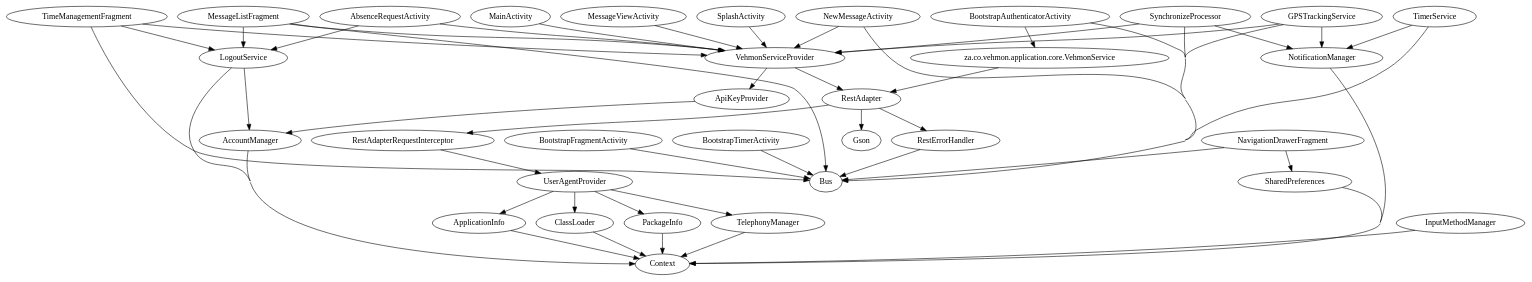
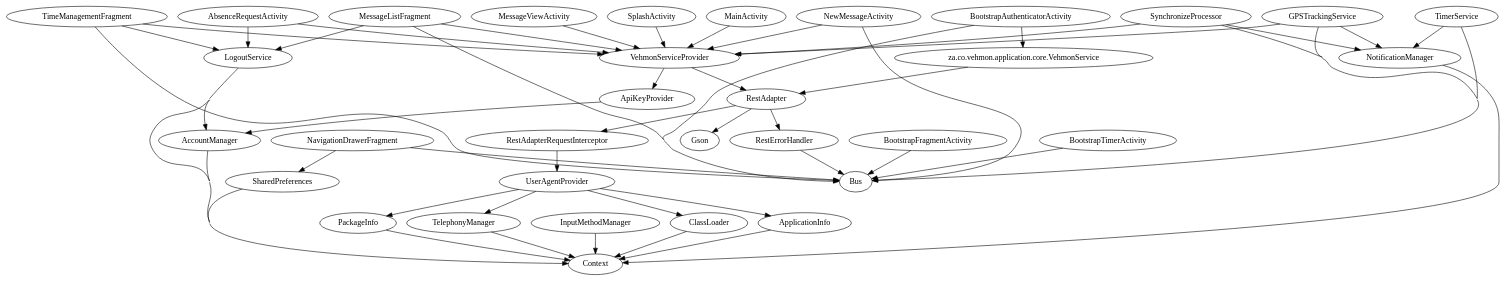
The diagram in app/build/intermediates/classes/debug/za/co/vehmon/application/RootModule.dot (Renaldobenji/android-vehmon), drawn with Graphviz before and after one commit. The commit also changed other lines of this file and 143 other files, not shown here.

```diff
--- a/app/build/intermediates/classes/debug/za/co/vehmon/application/RootModule.dot
+++ b/app/build/intermediates/classes/debug/za/co/vehmon/application/RootModule.dot
@@ -1,54 +1,54 @@
 digraph G1 {
   concentrate = true;
+  AbsenceRequestActivity -> VehmonServiceProvider;
   AbsenceRequestActivity -> LogoutService;
-  AbsenceRequestActivity -> VehmonServiceProvider;
   AccountManager -> Context;
   ApiKeyProvider -> AccountManager;
   ApplicationInfo -> Context;
+  BootstrapAuthenticatorActivity -> Bus;
   n2 [label="za.co.vehmon.application.core.VehmonService"];
   BootstrapAuthenticatorActivity -> n2;
-  BootstrapAuthenticatorActivity -> Bus;
   BootstrapFragmentActivity -> Bus;
   BootstrapTimerActivity -> Bus;
   ClassLoader -> Context;
+  GPSTrackingService -> VehmonServiceProvider;
+  GPSTrackingService -> Bus;
   GPSTrackingService -> NotificationManager;
-  GPSTrackingService -> Bus;
-  GPSTrackingService -> VehmonServiceProvider;
   InputMethodManager -> Context;
   LogoutService -> Context;
   LogoutService -> AccountManager;
   MainActivity -> VehmonServiceProvider;
+  MessageListFragment -> VehmonServiceProvider;
+  MessageListFragment -> Bus;
   MessageListFragment -> LogoutService;
-  MessageListFragment -> Bus;
-  MessageListFragment -> VehmonServiceProvider;
   MessageViewActivity -> VehmonServiceProvider;
+  NavigationDrawerFragment -> Bus;
   NavigationDrawerFragment -> SharedPreferences;
-  NavigationDrawerFragment -> Bus;
+  NewMessageActivity -> VehmonServiceProvider;
   NewMessageActivity -> Bus;
-  NewMessageActivity -> VehmonServiceProvider;
   NotificationManager -> Context;
   PackageInfo -> Context;
+  RestAdapter -> RestErrorHandler;
   RestAdapter -> Gson;
   RestAdapter -> RestAdapterRequestInterceptor;
-  RestAdapter -> RestErrorHandler;
   RestAdapterRequestInterceptor -> UserAgentProvider;
   RestErrorHandler -> Bus;
   SharedPreferences -> Context;
   SplashActivity -> VehmonServiceProvider;
+  SynchronizeProcessor -> VehmonServiceProvider;
+  SynchronizeProcessor -> Bus;
   SynchronizeProcessor -> NotificationManager;
-  SynchronizeProcessor -> Bus;
-  SynchronizeProcessor -> VehmonServiceProvider;
   TelephonyManager -> Context;
+  TimeManagementFragment -> VehmonServiceProvider;
+  TimeManagementFragment -> Bus;
   TimeManagementFragment -> LogoutService;
-  TimeManagementFragment -> Bus;
-  TimeManagementFragment -> VehmonServiceProvider;
+  TimerService -> Bus;
   TimerService -> NotificationManager;
-  TimerService -> Bus;
-  UserAgentProvider -> ApplicationInfo;
   UserAgentProvider -> PackageInfo;
   UserAgentProvider -> ClassLoader;
+  UserAgentProvider -> ApplicationInfo;
   UserAgentProvider -> TelephonyManager;
+  VehmonServiceProvider -> RestAdapter;
   VehmonServiceProvider -> ApiKeyProvider;
-  VehmonServiceProvider -> RestAdapter;
   n2 -> RestAdapter;
 }
```
